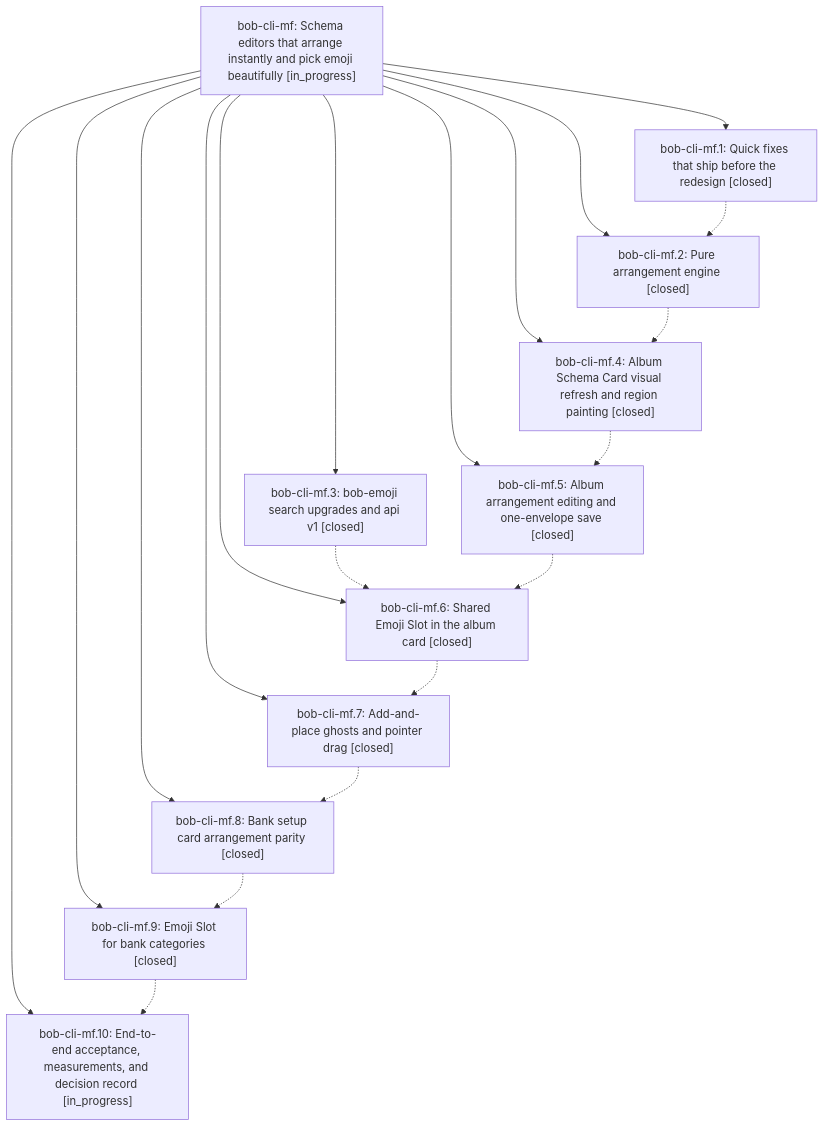
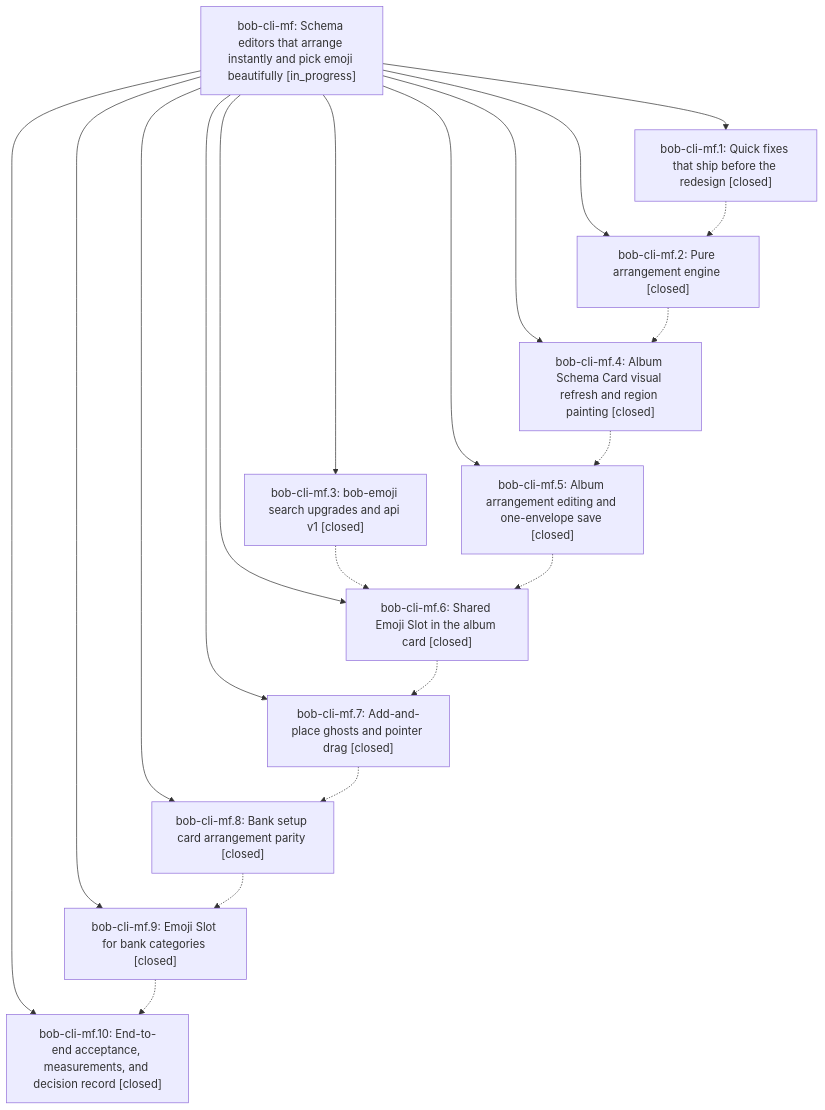
The diagram in pages/bob-cli-mf/README.md (bobs-org/bob-cli--beads), drawn with Mermaid before and after one commit. The commit also changed other lines of this file and 2 other files, not shown here.

First line of the commit message:
chore(beads): sync bead state and pages for bob-cli-mf

````diff
--- a/pages/bob-cli-mf/README.md
+++ b/pages/bob-cli-mf/README.md
@@ -49,33 +49,33 @@
 ```mermaid
 flowchart TD
     n0["bob-cli-mf: Schema editors that arrange instantly and pick emoji beautifully [in_progress]"]
     n1["bob-cli-mf.1: Quick fixes that ship before the redesign [closed]"]
-    n2["bob-cli-mf.10: End-to-end acceptance, measurements, and decision record [in_progress]"]
+    n2["bob-cli-mf.10: End-to-end acceptance, measurements, and decision record [closed]"]
     n3["bob-cli-mf.2: Pure arrangement engine [closed]"]
     n4["bob-cli-mf.3: bob-emoji search upgrades and api v1 [closed]"]
     n5["bob-cli-mf.4: Album Schema Card visual refresh and region painting [closed]"]
     n6["bob-cli-mf.5: Album arrangement editing and one-envelope save [closed]"]
     n7["bob-cli-mf.6: Shared Emoji Slot in the album card [closed]"]
     n8["bob-cli-mf.7: Add-and-place ghosts and pointer drag [closed]"]
     n9["bob-cli-mf.8: Bank setup card arrangement parity [closed]"]
     n10["bob-cli-mf.9: Emoji Slot for bank categories [closed]"]
     n0 --> n1
     n0 --> n2
     n0 --> n3
     n0 --> n4
     n0 --> n5
     n0 --> n6
     n0 --> n7
     n0 --> n8
     n0 --> n9
     n0 --> n10
     n1 -.-> n3
     n3 -.-> n5
     n4 -.-> n7
     n5 -.-> n6
     n6 -.-> n7
     n7 -.-> n8
     n8 -.-> n9
     n9 -.-> n10
     n10 -.-> n2
 ```
````
